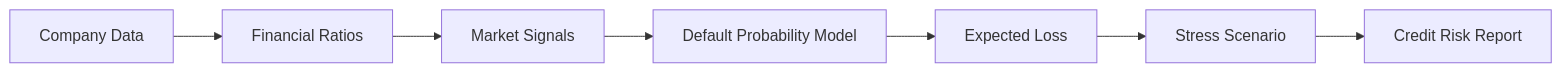
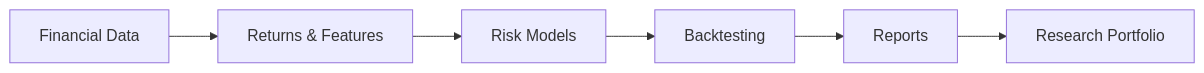
The first of 2 diagrams in README.md (Devhoney3/Applied-Quantitative-Finance-Lab), drawn with Mermaid before and after one commit. The commit also changed other lines of this file, not shown here.

````diff
--- a/README.md
+++ b/README.md
@@ -263,9 +28,8 @@
 ```mermaid
 flowchart LR
-    A[Company Data] --> B[Financial Ratios]
-    B --> C[Market Signals]
-    C --> D[Default Probability Model]
-    D --> E[Expected Loss]
-    E --> F[Stress Scenario]
-    F --> G[Credit Risk Report]
+    A[Financial Data] --> B[Returns & Features]
+    B --> C[Risk Models]
+    C --> D[Backtesting]
+    D --> E[Reports]
+    E --> F[Research Portfolio]
 ```
````
